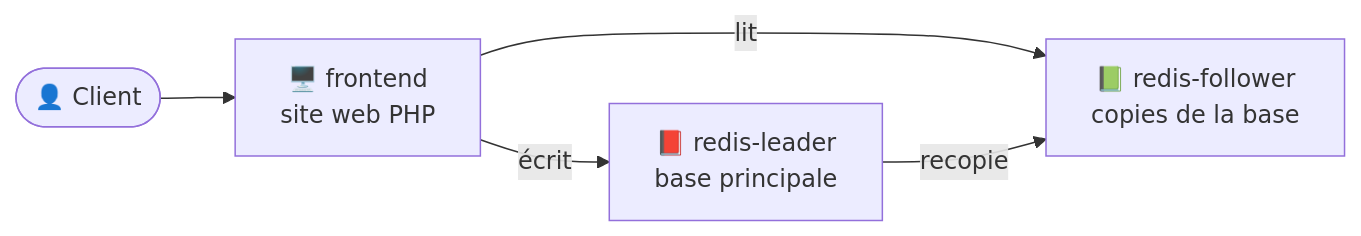
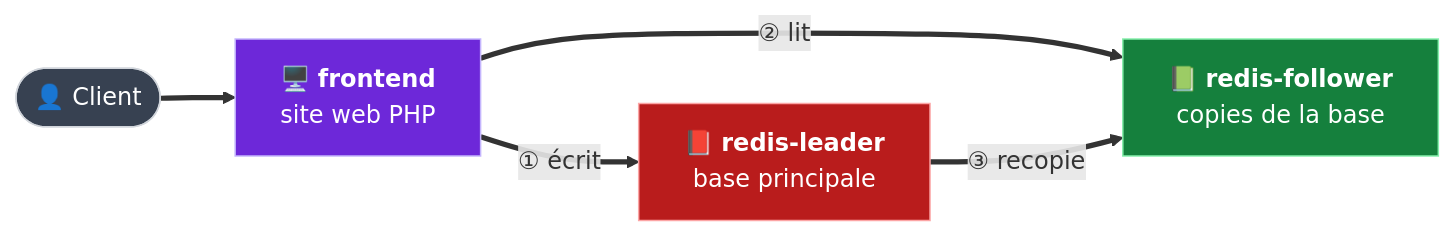
One commit to MartinFraysse/cloud-ia-project changed the first of 2 diagrams in Project-2/docs/00-introduction.md. Above: the diagram before and after it, drawn with Mermaid. The commit also changed other lines of this file and 4 other files, not shown here.

````diff
--- a/Project-2/docs/00-introduction.md
+++ b/Project-2/docs/00-introduction.md
@@ -19,7 +19,16 @@
 ```mermaid
 flowchart LR
-    C([👤 Client]) --> F["🖥️ frontend<br/>site web PHP"]
-    F -->|écrit| L["📕 redis-leader<br/>base principale"]
-    F -->|lit| R["📗 redis-follower<br/>copies de la base"]
-    L -->|recopie| R
+    C(["👤 Client"]) ==> F["🖥️ <b>frontend</b><br/>site web PHP"]
+    F ==>|"① écrit"| L["📕 <b>redis-leader</b><br/>base principale"]
+    F ==>|"② lit"| R["📗 <b>redis-follower</b><br/>copies de la base"]
+    L ==>|"③ recopie"| R
+
+    classDef user fill:#374151,stroke:#d1d5db,color:#fff
+    classDef fe fill:#6d28d9,stroke:#c4b5fd,color:#fff
+    classDef leader fill:#b91c1c,stroke:#fca5a5,color:#fff
+    classDef follower fill:#15803d,stroke:#86efac,color:#fff
+    class C user
+    class F fe
+    class L leader
+    class R follower
 ```
````
